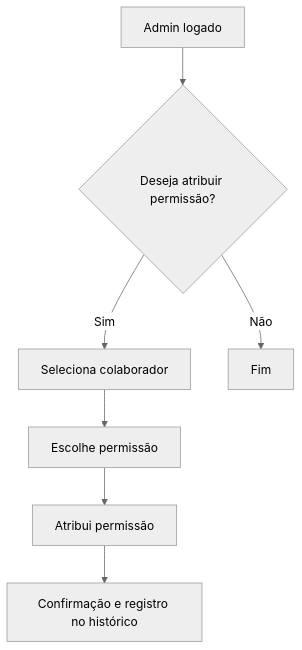
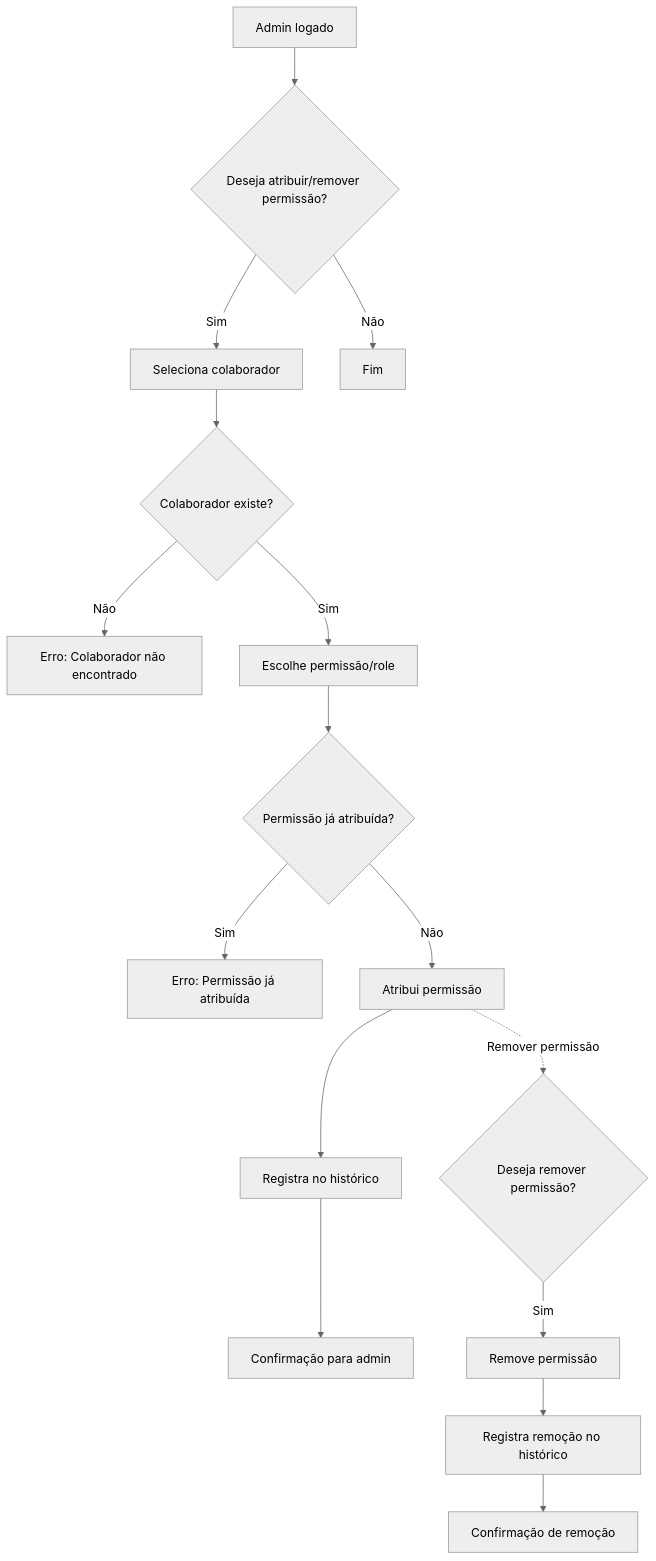
Before and after one commit to ronaldo227/serralheria-api: the second of 2 diagrams in ANALISE_MODELAGEM.md, drawn with Mermaid (neutral theme). The commit also changed other lines of this file, not shown here.

Commit message:
docs(modelagem): detalha fluxo de permissões (processos) com validações e fluxos alternativos

````diff
--- a/ANALISE_MODELAGEM.md
+++ b/ANALISE_MODELAGEM.md
@@ -100,9 +101,20 @@
 ```mermaid
 flowchart TD
-  A[Admin logado] --> B{Deseja atribuir permissão?}
+  A[Admin logado] --> B{Deseja atribuir/remover permissão?}
   B -- Sim --> C[Seleciona colaborador]
-  C --> D[Escolhe permissão]
-  D --> E[Atribui permissão]
-  E --> F[Confirmação e registro no histórico]
-  B -- Não --> G[Fim]
+  C --> D{Colaborador existe?}
+  D -- Não --> E1[Erro: Colaborador não encontrado]
+  D -- Sim --> E[Escolhe permissão/role]
+  E --> F{Permissão já atribuída?}
+  F -- Sim --> G1[Erro: Permissão já atribuída]
+  F -- Não --> H[Atribui permissão]
+  H --> I[Registra no histórico]
+  I --> J[Confirmação para admin]
+  B -- Não --> K[Fim]
+
+  %% Fluxo de remoção
+  H -. Remover permissão .-> L{Deseja remover permissão?}
+  L -- Sim --> M[Remove permissão]
+  M --> N[Registra remoção no histórico]
+  N --> O[Confirmação de remoção]
 ```
````
